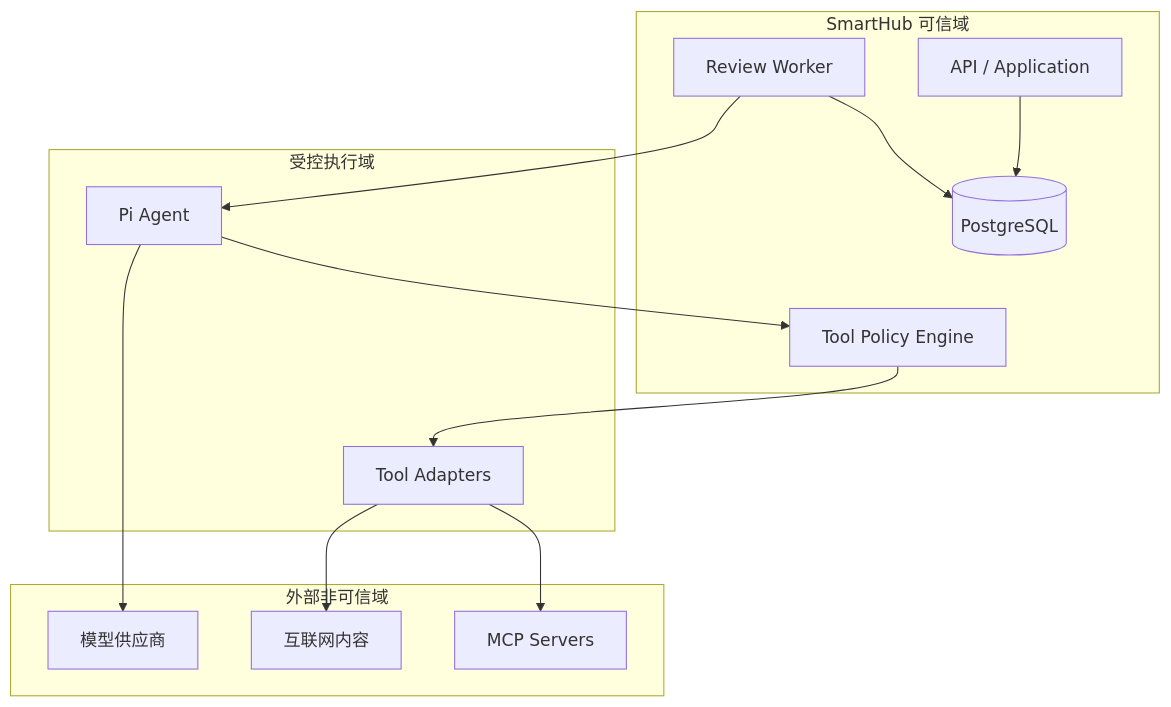
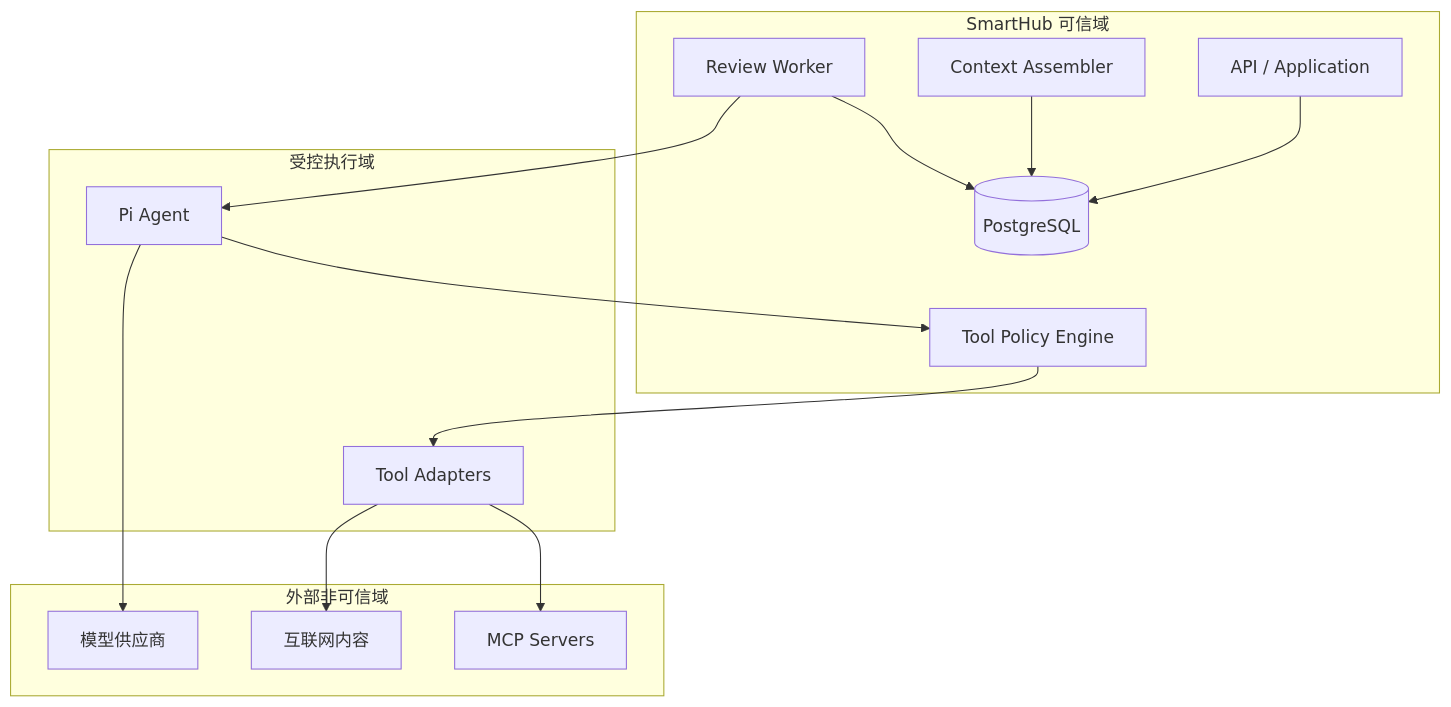
Before and after one commit to lishilei123/SmartHub: the second of 8 diagrams in 技术文档/第二期-需求评审与大模型配置技术文档.md, drawn with Mermaid. The commit also changed other lines of this file and 3 other files, not shown here.

````diff
--- a/技术文档/第二期-需求评审与大模型配置技术文档.md
+++ b/技术文档/第二期-需求评审与大模型配置技术文档.md
@@ -288,26 +316,28 @@
 ```mermaid
 flowchart TB
     subgraph Trusted[SmartHub 可信域]
       API[API / Application]
       WORKER[Review Worker]
+      CONTEXT[Context Assembler]
       POLICY[Tool Policy Engine]
       DB[(PostgreSQL)]
     end
     subgraph Controlled[受控执行域]
       PI[Pi Agent]
       TOOLS[Tool Adapters]
     end
     subgraph Untrusted[外部非可信域]
       MODEL[模型供应商]
       WEB[互联网内容]
       MCPS[MCP Servers]
     end
 
     API --> DB
+    CONTEXT --> DB
     WORKER --> PI
     PI --> POLICY --> TOOLS
     PI --> MODEL
     TOOLS --> WEB
     TOOLS --> MCPS
     WORKER --> DB
 ```
````
